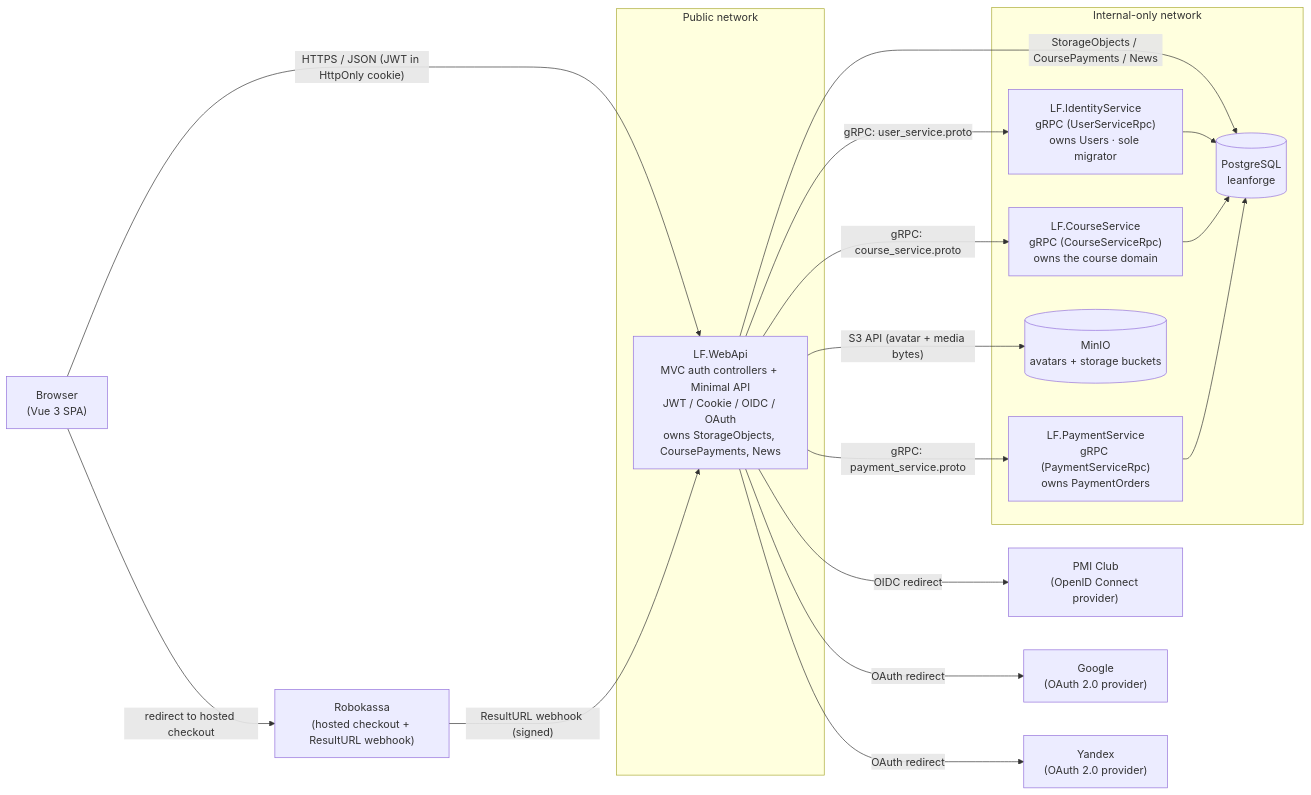
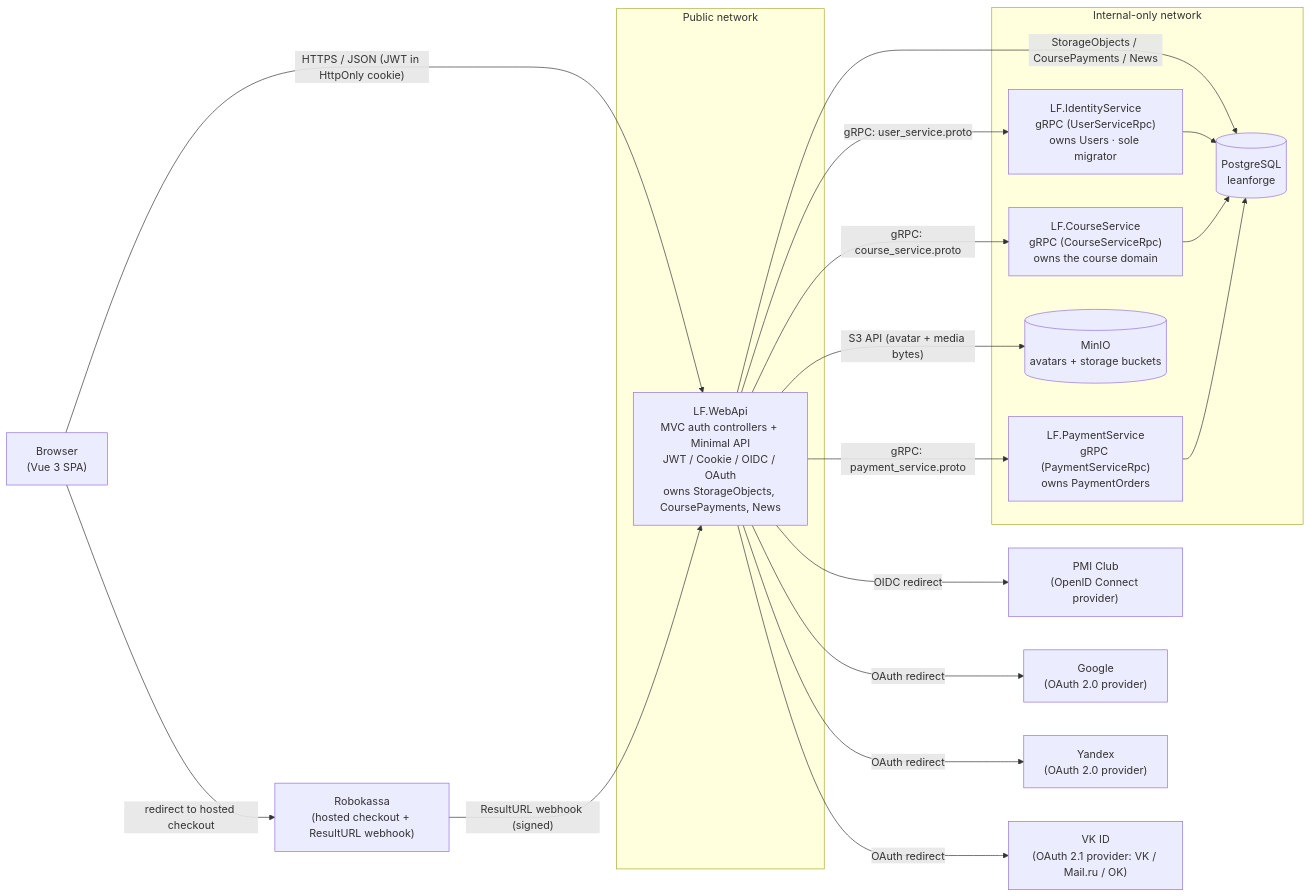
One commit to TopTuK/LeanForgeLMS changed the first of 2 diagrams in Architecture.md. Above: the diagram before and after it, drawn with Mermaid. The commit also changed other lines of this file and 23 other files, not shown here.

````diff
--- a/Architecture.md
+++ b/Architecture.md
@@ -47,35 +47,37 @@
 ```mermaid
 graph LR
     Browser["Browser<br/>(Vue 3 SPA)"]
     PMI["PMI Club<br/>(OpenID Connect provider)"]
     Google["Google<br/>(OAuth 2.0 provider)"]
     Yandex["Yandex<br/>(OAuth 2.0 provider)"]
+    VkId["VK ID<br/>(OAuth 2.1 provider: VK / Mail.ru / OK)"]
     Robokassa["Robokassa<br/>(hosted checkout + ResultURL webhook)"]
 
     subgraph Public["Public network"]
         WebApi["LF.WebApi<br/>MVC auth controllers + Minimal API<br/>JWT / Cookie / OIDC / OAuth<br/>owns StorageObjects, CoursePayments, News"]
     end
 
     subgraph Internal["Internal-only network"]
         IdentitySvc["LF.IdentityService<br/>gRPC (UserServiceRpc)<br/>owns Users · sole migrator"]
         CourseSvc["LF.CourseService<br/>gRPC (CourseServiceRpc)<br/>owns the course domain"]
         PaymentSvc["LF.PaymentService<br/>gRPC (PaymentServiceRpc)<br/>owns PaymentOrders"]
         Postgres[("PostgreSQL<br/>leanforge")]
         Minio[("MinIO<br/>avatars + storage buckets")]
     end
 
     Browser -- "HTTPS / JSON (JWT in HttpOnly cookie)" --> WebApi
     Browser -- "redirect to hosted checkout" --> Robokassa
     Robokassa -- "ResultURL webhook (signed)" --> WebApi
     WebApi -- "OIDC redirect" --> PMI
     WebApi -- "OAuth redirect" --> Google
     WebApi -- "OAuth redirect" --> Yandex
+    WebApi -- "OAuth redirect" --> VkId
     WebApi -- "gRPC: user_service.proto" --> IdentitySvc
     WebApi -- "gRPC: course_service.proto" --> CourseSvc
     WebApi -- "gRPC: payment_service.proto" --> PaymentSvc
     WebApi -- "S3 API (avatar + media bytes)" --> Minio
     WebApi -- "StorageObjects / CoursePayments / News" --> Postgres
     IdentitySvc --> Postgres
     CourseSvc --> Postgres
     PaymentSvc --> Postgres
 ```
````
